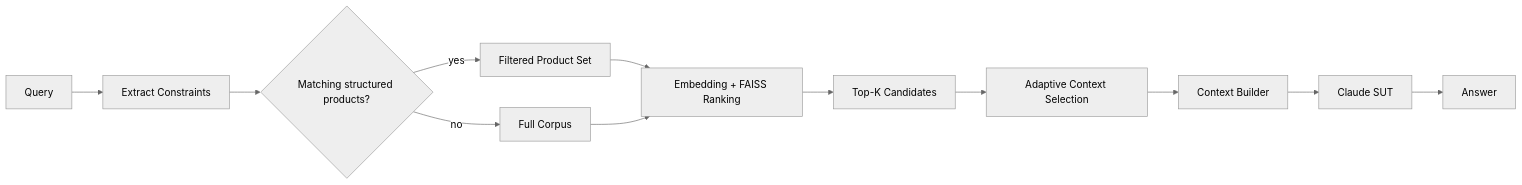
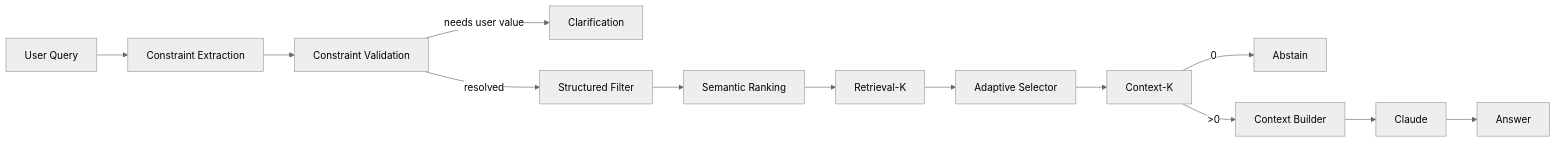
The second of 8 diagrams in docs/architecture.md (oleksandrserhieiev-beep/ai-qe-lab), drawn with Mermaid (neutral theme) before and after one commit. The commit also changed other lines of this file, not shown here.

Commit message:
Separate SUT evaluation validation and CI pipelines

````diff
--- a/docs/architecture.md
+++ b/docs/architecture.md
@@ -50,14 +56,15 @@
 ```mermaid
 flowchart LR
-    Q[Query] --> X[Extract Constraints]
-    X --> M{Matching structured products?}
-    M -->|yes| FP[Filtered Product Set]
-    M -->|no| FC[Full Corpus]
-    FP --> SR[Embedding + FAISS Ranking]
-    FC --> SR
-    SR --> TK[Top-K Candidates]
-    TK --> ACS[Adaptive Context Selection]
-    ACS --> CTX[Context Builder]
-    CTX --> LLM[Claude SUT]
-    LLM --> OUT[Answer]
+    Q[User Query] --> X[Constraint Extraction]
+    X --> V[Constraint Validation]
+    V -->|needs user value| C[Clarification]
+    V -->|resolved| F[Structured Filter]
+    F --> S[Semantic Ranking]
+    S --> K[Retrieval-K]
+    K --> A[Adaptive Selector]
+    A --> CK[Context-K]
+    CK -->|0| AB[Abstain]
+    CK -->|>0| B[Context Builder]
+    B --> L[Claude]
+    L --> O[Answer]
 ```
````
